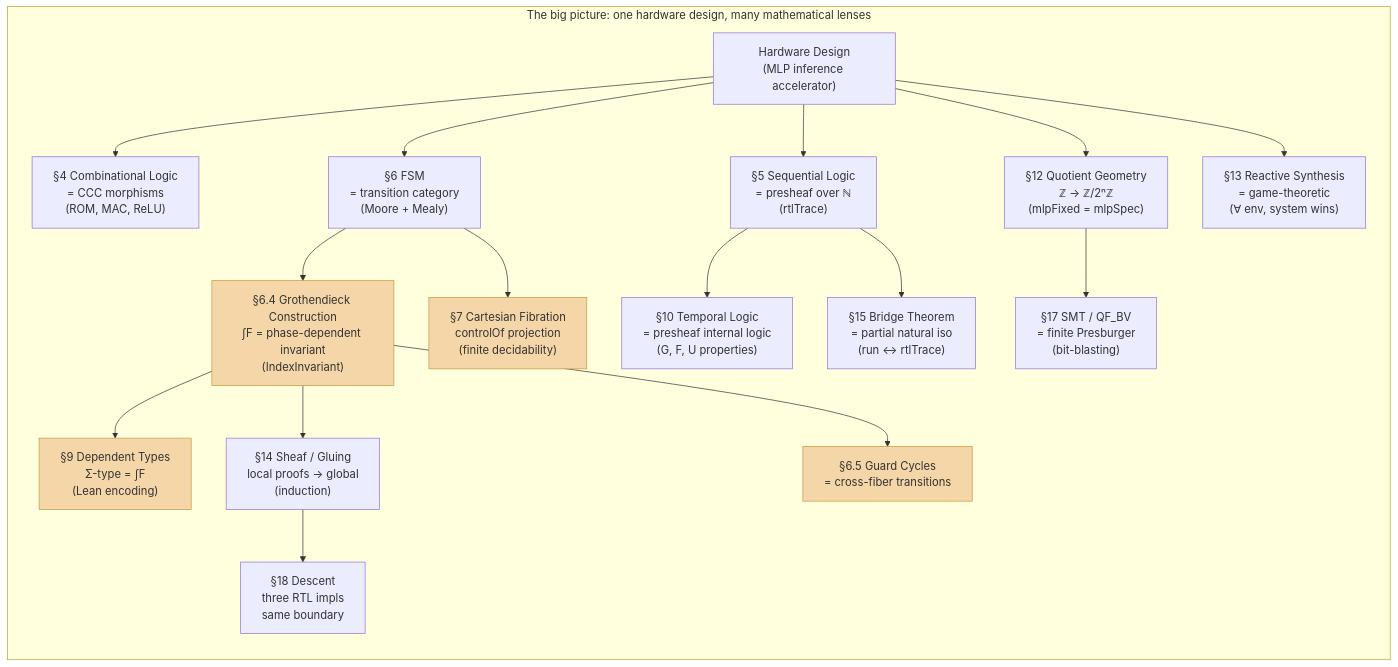
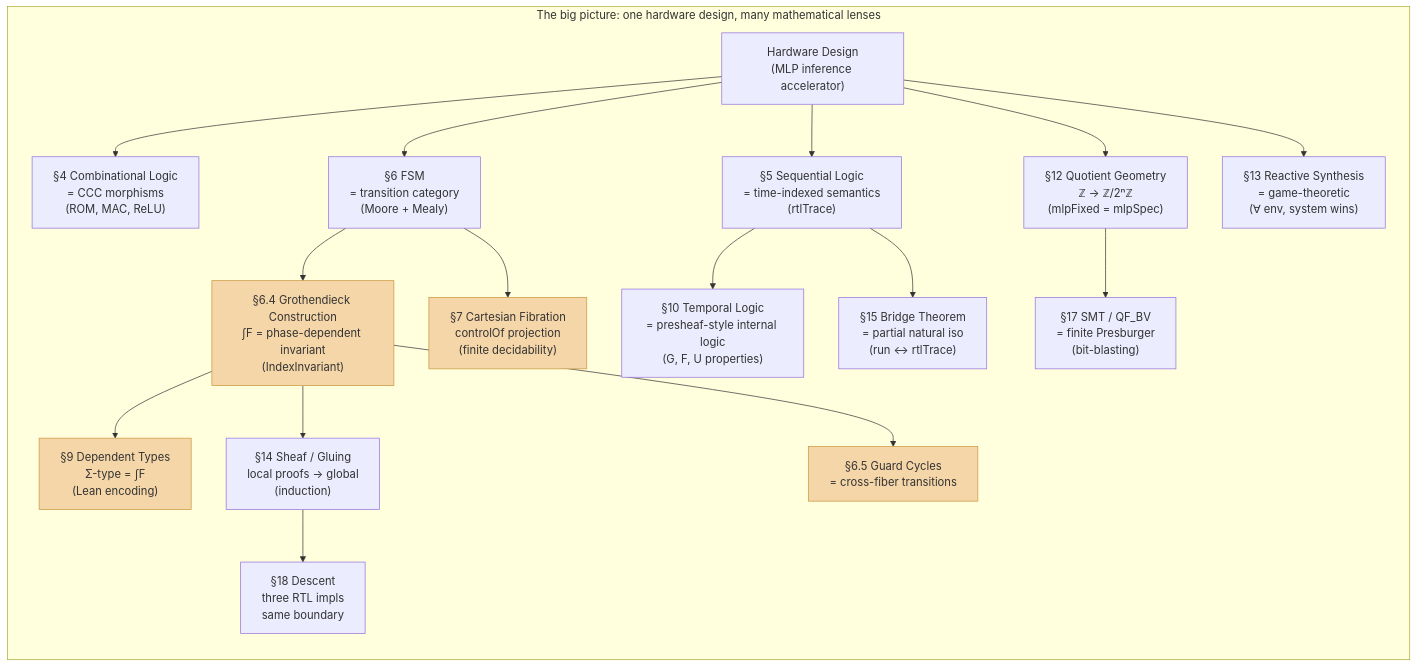
One commit to dfdgsdfg/ann-rtl-lean-poc changed diagram 24 of 24 in docs/hardware-mathematics.md. Above: the diagram before and after it, drawn with Mermaid. The commit also changed other lines of this file and 7 other files, not shown here.

````diff
--- a/docs/hardware-mathematics.md
+++ b/docs/hardware-mathematics.md
@@ -1673,34 +1673,34 @@
 ```mermaid
 graph TB
     subgraph "The big picture: one hardware design, many mathematical lenses"
         direction TB
 
         HW["Hardware Design<br/>(MLP inference accelerator)"]
 
         HW --> COMB["§4 Combinational Logic<br/>= CCC morphisms<br/>(ROM, MAC, ReLU)"]
-        HW --> SEQ["§5 Sequential Logic<br/>= presheaf over ℕ<br/>(rtlTrace)"]
+        HW --> SEQ["§5 Sequential Logic<br/>= time-indexed semantics<br/>(rtlTrace)"]
         HW --> FSM_BOX["§6 FSM<br/>= transition category<br/>(Moore + Mealy)"]
 
         FSM_BOX --> GROTH["§6.4 Grothendieck Construction<br/>∫F = phase-dependent invariant<br/>(IndexInvariant)"]
         FSM_BOX --> CART["§7 Cartesian Fibration<br/>controlOf projection<br/>(finite decidability)"]
 
-        SEQ --> TEMP["§10 Temporal Logic<br/>= presheaf internal logic<br/>(G, F, U properties)"]
+        SEQ --> TEMP["§10 Temporal Logic<br/>= presheaf-style internal logic<br/>(G, F, U properties)"]
         SEQ --> BRIDGE["§15 Bridge Theorem<br/>= partial natural iso<br/>(run ↔ rtlTrace)"]
 
         GROTH --> DEP["§9 Dependent Types<br/>Σ-type = ∫F<br/>(Lean encoding)"]
         GROTH --> SHEAF["§14 Sheaf / Gluing<br/>local proofs → global<br/>(induction)"]
         GROTH --> GUARD["§6.5 Guard Cycles<br/>= cross-fiber transitions"]
 
         HW --> ARITH["§12 Quotient Geometry<br/>ℤ → ℤ/2ⁿℤ<br/>(mlpFixed = mlpSpec)"]
         ARITH --> SMT["§17 SMT / QF_BV<br/>= finite Presburger<br/>(bit-blasting)"]
 
         HW --> SYNTH["§13 Reactive Synthesis<br/>= game-theoretic<br/>(∀ env, system wins)"]
 
         SHEAF --> DESCENT["§18 Descent<br/>three RTL impls<br/>same boundary"]
     end
 
     style GROTH fill:#f5d6a8,stroke:#c9963a
     style CART fill:#f5d6a8,stroke:#c9963a
     style GUARD fill:#f5d6a8,stroke:#c9963a
     style DEP fill:#f5d6a8,stroke:#c9963a
 ```
````
